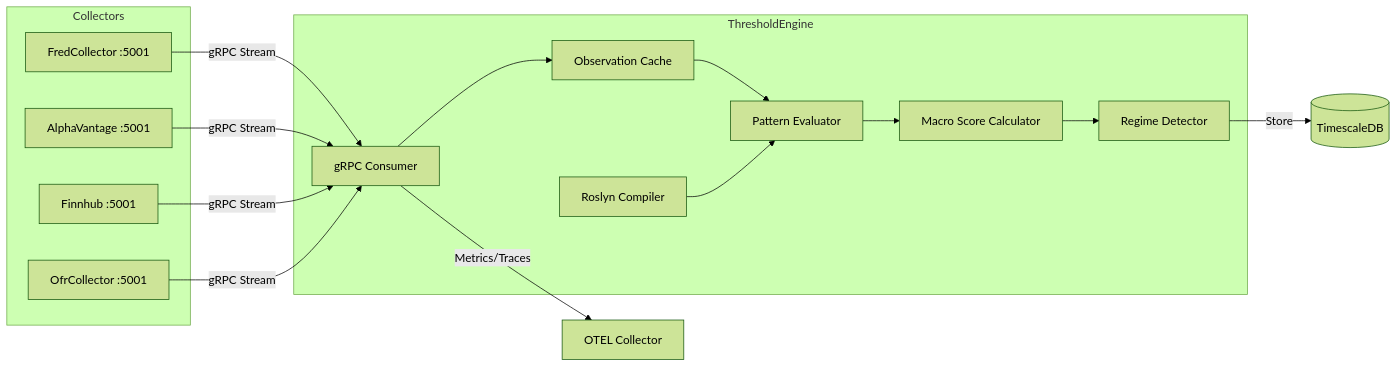
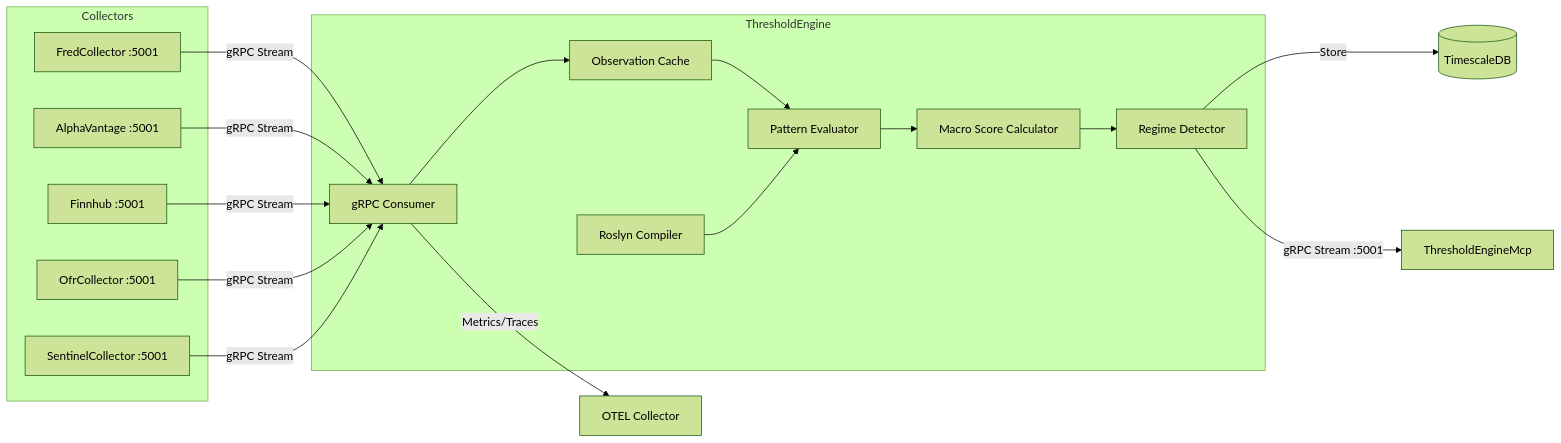
Before and after one commit to jpansarasa/ATLAS-Docs: the diagram in ThresholdEngine/README.md, drawn with Mermaid (forest theme). The commit also changed other lines of this file and 17 other files, not shown here.

````diff
--- a/ThresholdEngine/README.md
+++ b/ThresholdEngine/README.md
@@ -11,27 +11,29 @@
 ```mermaid
 flowchart LR
     subgraph Collectors
         FC[FredCollector :5001]
         AV[AlphaVantage :5001]
         FH[Finnhub :5001]
         OC[OfrCollector :5001]
+        SC[SentinelCollector :5001]
     end
 
     subgraph ThresholdEngine
         GC[gRPC Consumer]
         CACHE[Observation Cache]
         EVAL[Pattern Evaluator]
         ROSLYN[Roslyn Compiler]
         MACRO[Macro Score Calculator]
         REGIME[Regime Detector]
     end
 
-    FC & AV & FH & OC -->|gRPC Stream| GC
+    FC & AV & FH & OC & SC -->|gRPC Stream| GC
     GC --> CACHE
     CACHE --> EVAL
     ROSLYN --> EVAL
     EVAL --> MACRO
     MACRO --> REGIME
     REGIME -->|Store| DB[(TimescaleDB)]
+    REGIME -->|gRPC Stream :5001| MCP[ThresholdEngineMcp]
     GC -->|Metrics/Traces| OTEL[OTEL Collector]
 ```
````
